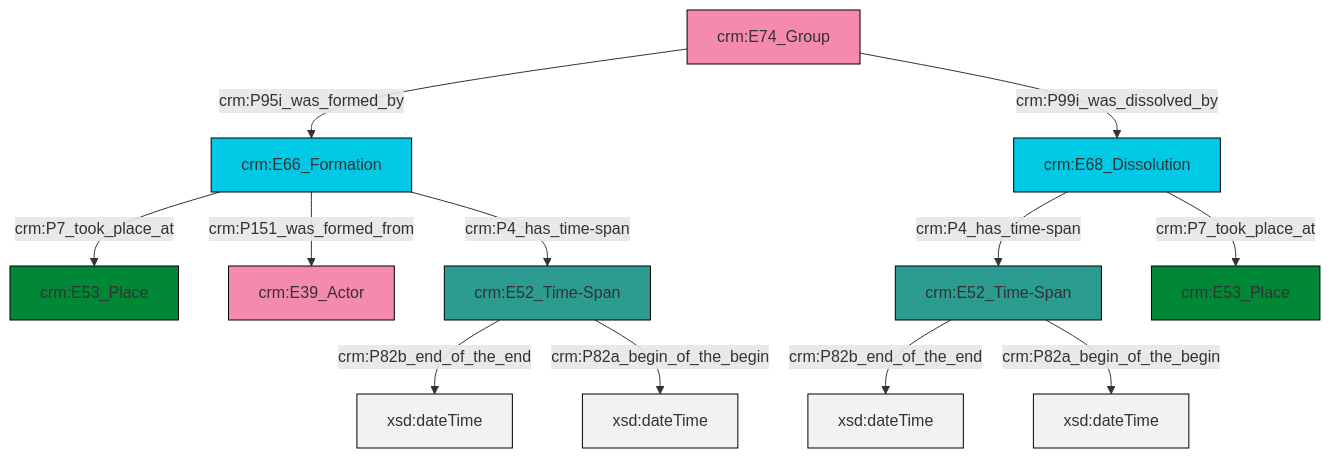
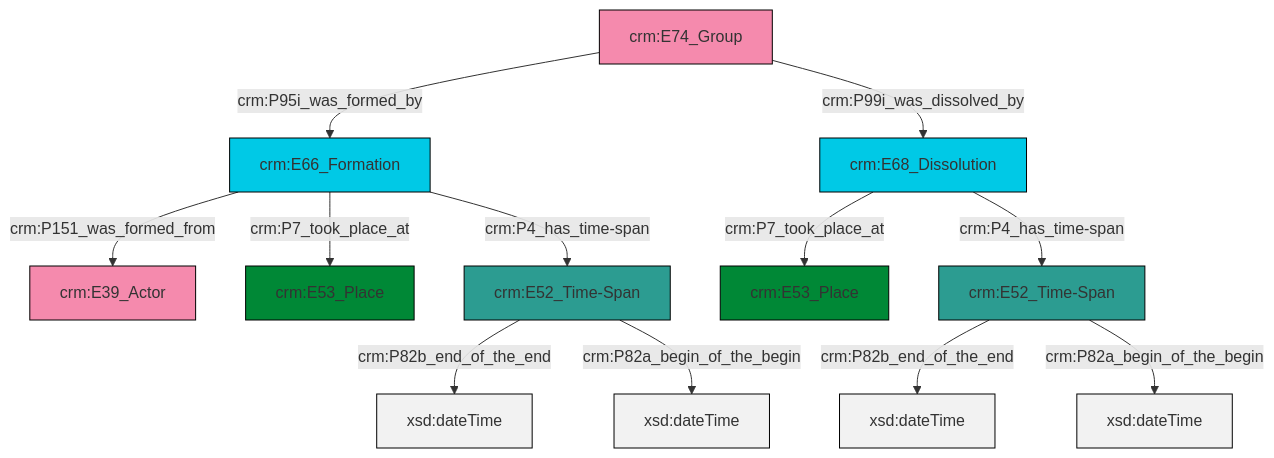
Before and after one commit to swiss-art-research-net/reference-data-models: the diagram in et/groupCSV/ttl/mmd/group_existence.ttl.mmd, drawn with Mermaid. The commit also changed 125 other files, not shown here.

```diff
--- a/et/groupCSV/ttl/mmd/group_existence.ttl.mmd
+++ b/et/groupCSV/ttl/mmd/group_existence.ttl.mmd
@@ -1,26 +1,26 @@
 graph TD
 classDef Literal fill:#f2f2f2,stroke:#000000;
 classDef CRM_Entity fill:#FFFFFF,stroke:#000000;
 classDef Temporal_Entity fill:#00C9E6, stroke:#000000;
 classDef Type fill:#E18312, stroke:#000000;
 classDef Time-Span fill:#2C9C91, stroke:#000000;
 classDef Appellation fill:#FFEB7F, stroke:#000000;
 classDef Place fill:#008836, stroke:#000000;
 classDef Persistent_Item fill:#B266B2, stroke:#000000;
 classDef Conceptual_Object fill:#FFD700, stroke:#000000;
 classDef Physical_Thing fill:#D2B48C, stroke:#000000;
 classDef Actor fill:#f58aad, stroke:#000000;
 classDef PC_Classes fill:#4ce600, stroke:#000000;
 classDef Multi fill:#cccccc,stroke:#000000;
 
-0["crm:E74_Group"]:::Actor -->|crm:P95i_was_formed_by| 1["crm:E66_Formation"]:::Temporal_Entity
-2["crm:E68_Dissolution"]:::Temporal_Entity -->|crm:P4_has_time-span| 3["crm:E52_Time-Span"]:::Time-Span
-6["crm:E52_Time-Span"]:::Time-Span -->|crm:P82b_end_of_the_end| 7[xsd:dateTime]:::Literal
-2["crm:E68_Dissolution"]:::Temporal_Entity -->|crm:P7_took_place_at| 4["crm:E53_Place"]:::Place
-3["crm:E52_Time-Span"]:::Time-Span -->|crm:P82b_end_of_the_end| 12[xsd:dateTime]:::Literal
-1["crm:E66_Formation"]:::Temporal_Entity -->|crm:P7_took_place_at| 13["crm:E53_Place"]:::Place
-1["crm:E66_Formation"]:::Temporal_Entity -->|crm:P151_was_formed_from| 10["crm:E39_Actor"]:::Actor
-6["crm:E52_Time-Span"]:::Time-Span -->|crm:P82a_begin_of_the_begin| 14[xsd:dateTime]:::Literal
-1["crm:E66_Formation"]:::Temporal_Entity -->|crm:P4_has_time-span| 6["crm:E52_Time-Span"]:::Time-Span
-0["crm:E74_Group"]:::Actor -->|crm:P99i_was_dissolved_by| 2["crm:E68_Dissolution"]:::Temporal_Entity
-3["crm:E52_Time-Span"]:::Time-Span -->|crm:P82a_begin_of_the_begin| 19[xsd:dateTime]:::Literal
+0["crm:E68_Dissolution"]:::Temporal_Entity -->|crm:P7_took_place_at| 1["crm:E53_Place"]:::Place
+6["crm:E66_Formation"]:::Temporal_Entity -->|crm:P151_was_formed_from| 7["crm:E39_Actor"]:::Actor
+8["crm:E74_Group"]:::Actor -->|crm:P95i_was_formed_by| 6["crm:E66_Formation"]:::Temporal_Entity
+2["crm:E52_Time-Span"]:::Time-Span -->|crm:P82b_end_of_the_end| 9[xsd:dateTime]:::Literal
+0["crm:E68_Dissolution"]:::Temporal_Entity -->|crm:P4_has_time-span| 2["crm:E52_Time-Span"]:::Time-Span
+4["crm:E52_Time-Span"]:::Time-Span -->|crm:P82b_end_of_the_end| 13[xsd:dateTime]:::Literal
+6["crm:E66_Formation"]:::Temporal_Entity -->|crm:P7_took_place_at| 10["crm:E53_Place"]:::Place
+2["crm:E52_Time-Span"]:::Time-Span -->|crm:P82a_begin_of_the_begin| 15[xsd:dateTime]:::Literal
+4["crm:E52_Time-Span"]:::Time-Span -->|crm:P82a_begin_of_the_begin| 18[xsd:dateTime]:::Literal
+6["crm:E66_Formation"]:::Temporal_Entity -->|crm:P4_has_time-span| 4["crm:E52_Time-Span"]:::Time-Span
+8["crm:E74_Group"]:::Actor -->|crm:P99i_was_dissolved_by| 0["crm:E68_Dissolution"]:::Temporal_Entity
```
